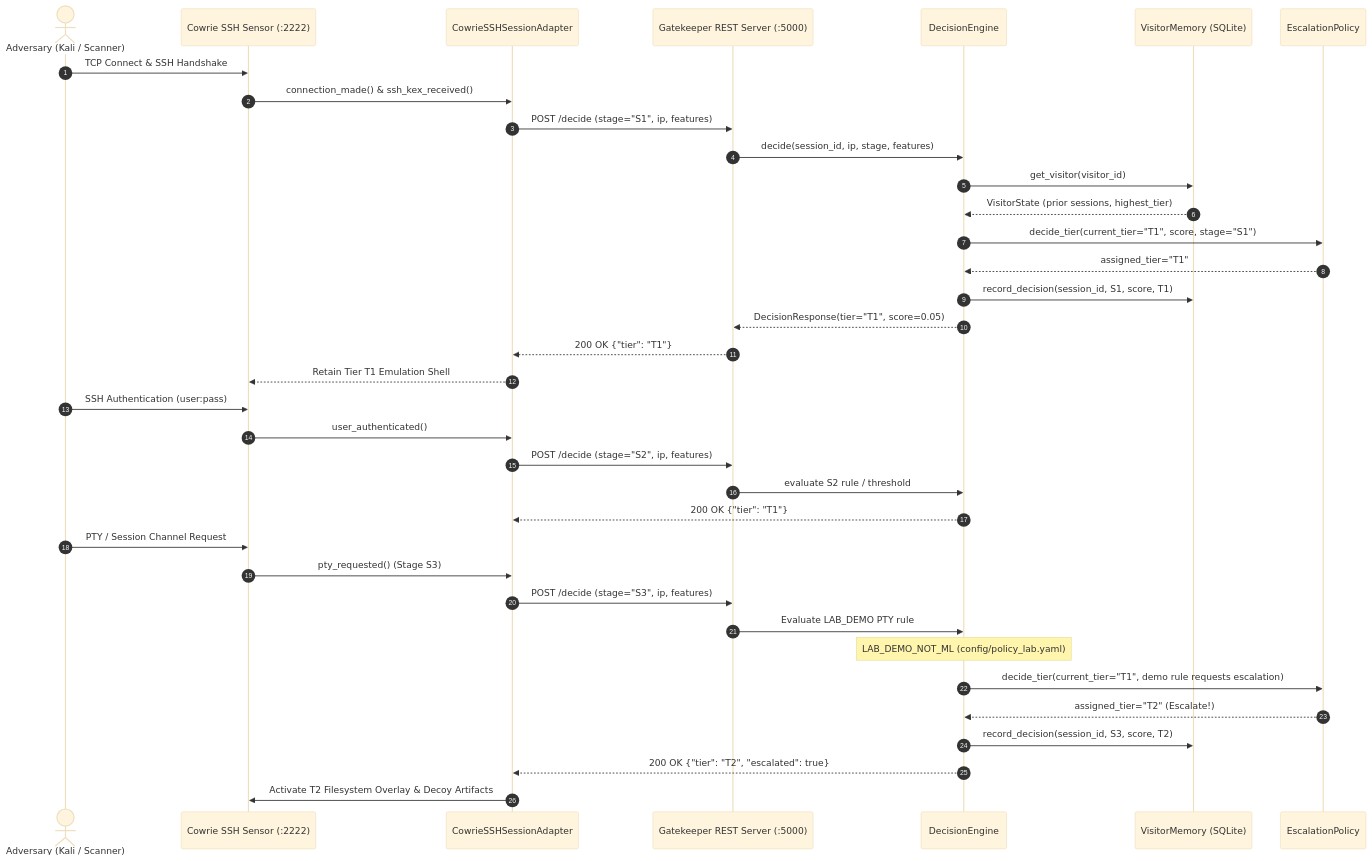
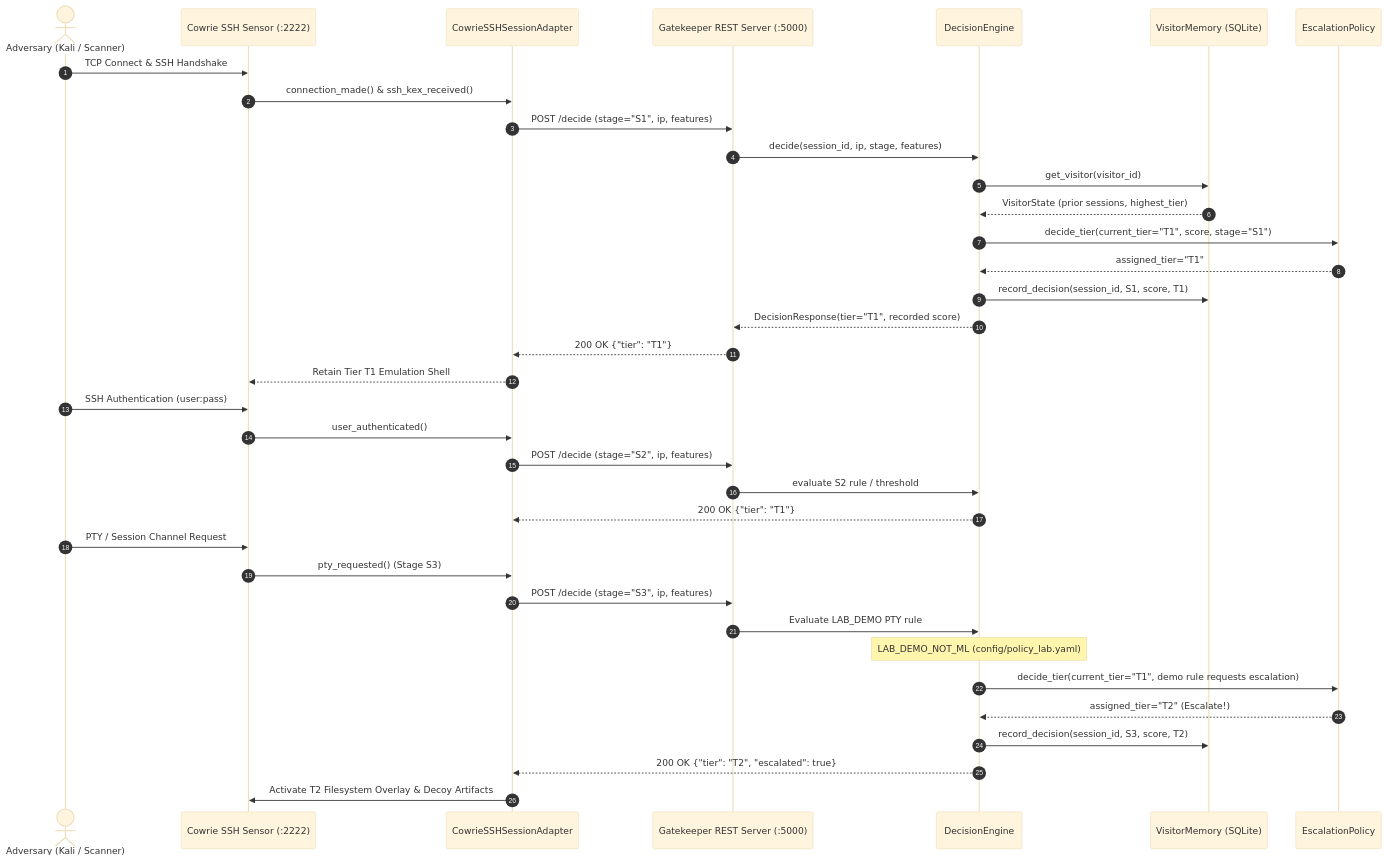
Before and after one commit to abhinavsingh2403/Schrodinger-s-Server: the third of 3 diagrams in docs/GRAPHIFY.md, drawn with Mermaid (base theme). The commit also changed other lines of this file and 5 other files, not shown here.

````diff
--- a/docs/GRAPHIFY.md
+++ b/docs/GRAPHIFY.md
@@ -201,41 +201,41 @@
 ```mermaid
 sequenceDiagram
     autonumber
     actor Attacker as Adversary (Kali / Scanner)
     participant Sensor as Cowrie SSH Sensor (:2222)
     participant Adapter as CowrieSSHSessionAdapter
     participant Gatekeeper as Gatekeeper REST Server (:5000)
     participant Engine as DecisionEngine
     participant Memory as VisitorMemory (SQLite)
     participant Policy as EscalationPolicy
 
     Attacker->>Sensor: TCP Connect & SSH Handshake
     Sensor->>Adapter: connection_made() & ssh_kex_received()
     Adapter->>Gatekeeper: POST /decide (stage="S1", ip, features)
     Gatekeeper->>Engine: decide(session_id, ip, stage, features)
     Engine->>Memory: get_visitor(visitor_id)
     Memory-->>Engine: VisitorState (prior sessions, highest_tier)
     Engine->>Policy: decide_tier(current_tier="T1", score, stage="S1")
     Policy-->>Engine: assigned_tier="T1"
     Engine->>Memory: record_decision(session_id, S1, score, T1)
-    Engine-->>Gatekeeper: DecisionResponse(tier="T1", score=0.05)
+    Engine-->>Gatekeeper: DecisionResponse(tier="T1", recorded score)
     Gatekeeper-->>Adapter: 200 OK {"tier": "T1"}
     Adapter-->>Sensor: Retain Tier T1 Emulation Shell
 
     Attacker->>Sensor: SSH Authentication (user:pass)
     Sensor->>Adapter: user_authenticated()
     Adapter->>Gatekeeper: POST /decide (stage="S2", ip, features)
     Gatekeeper->>Engine: evaluate S2 rule / threshold
     Engine-->>Adapter: 200 OK {"tier": "T1"}
 
     Attacker->>Sensor: PTY / Session Channel Request
     Sensor->>Adapter: pty_requested() (Stage S3)
     Adapter->>Gatekeeper: POST /decide (stage="S3", ip, features)
     Gatekeeper->>Engine: Evaluate LAB_DEMO PTY rule
     Note over Engine: LAB_DEMO_NOT_ML (config/policy_lab.yaml)
     Engine->>Policy: decide_tier(current_tier="T1", demo rule requests escalation)
     Policy-->>Engine: assigned_tier="T2" (Escalate!)
     Engine->>Memory: record_decision(session_id, S3, score, T2)
     Engine-->>Adapter: 200 OK {"tier": "T2", "escalated": true}
     Adapter->>Sensor: Activate T2 Filesystem Overlay & Decoy Artifacts
 ```
````
